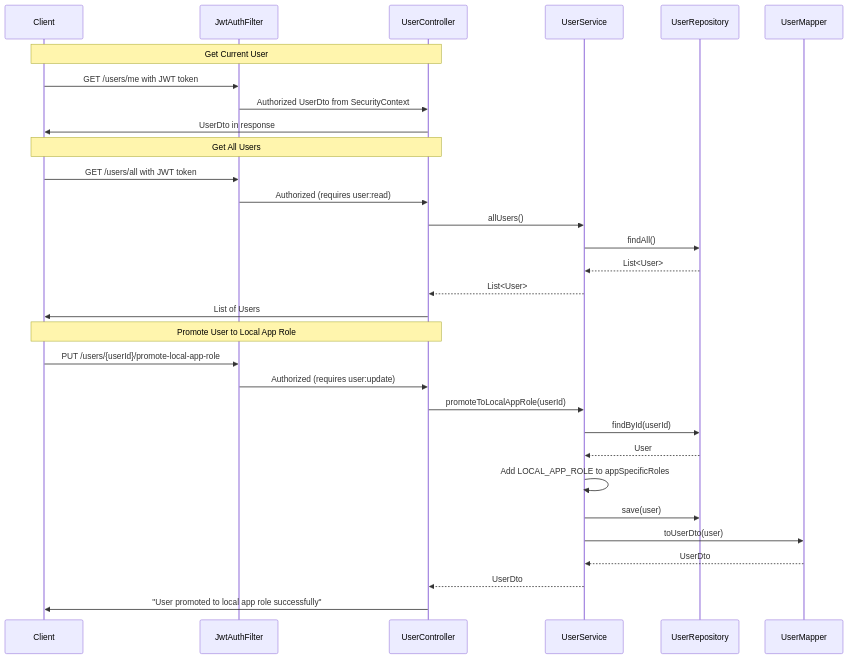
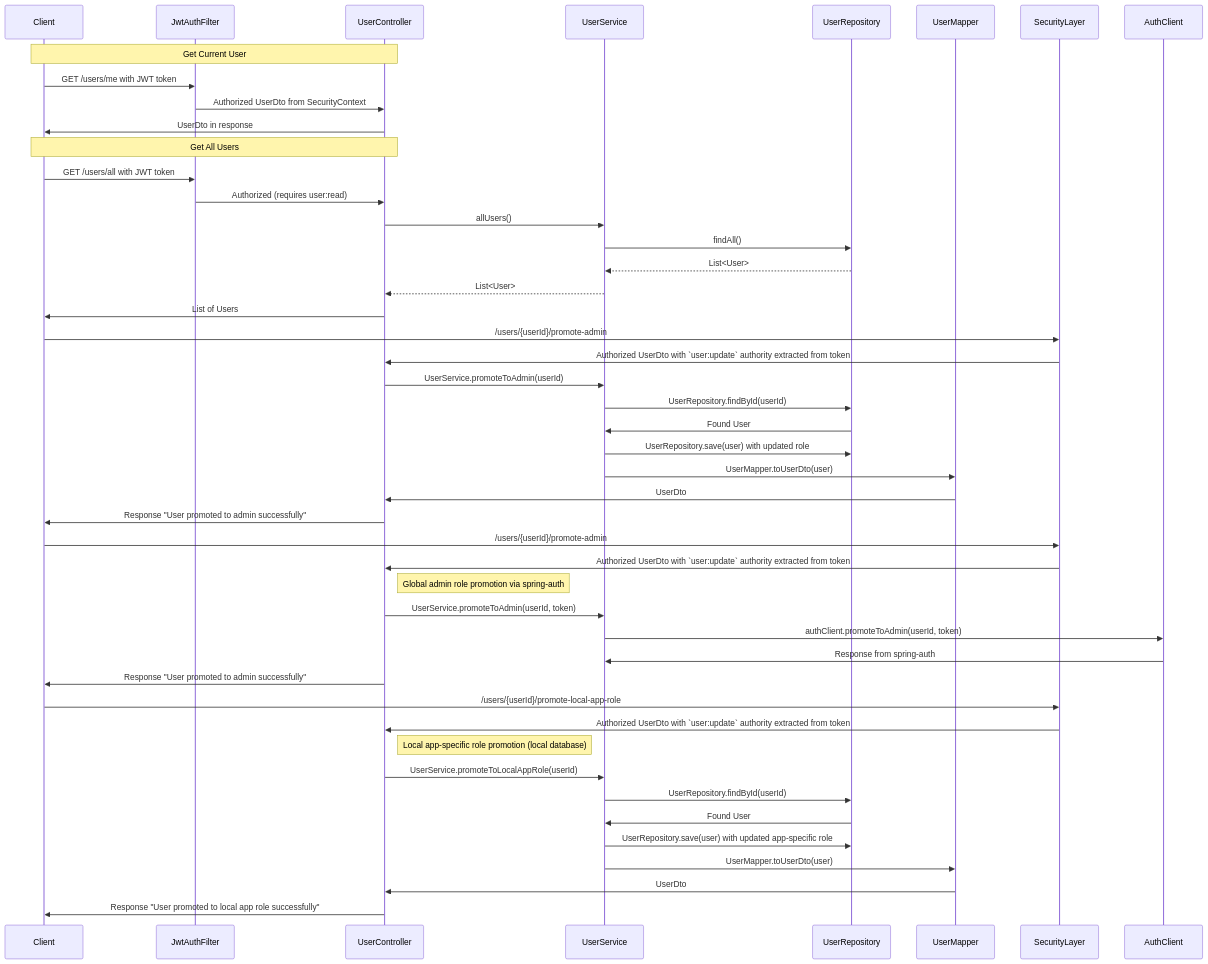
The fifth of 6 diagrams in doc/process-documentation.md (OrifInformatique/template_frontback), drawn with Mermaid before and after one commit. The commit also changed other lines of this file and 3 other files, not shown here.

````diff
--- a/doc/process-documentation.md
+++ b/doc/process-documentation.md
@@ -275,36 +282,51 @@
 ```mermaid
 sequenceDiagram
     participant Client
     participant JwtAuthFilter
     participant UserController
     participant UserService
     participant UserRepository
     participant UserMapper
 
     Note over Client,UserController: Get Current User
     Client->>JwtAuthFilter: GET /users/me with JWT token
     JwtAuthFilter->>UserController: Authorized UserDto from SecurityContext
     UserController->>Client: UserDto in response
 
     Note over Client,UserController: Get All Users
     Client->>JwtAuthFilter: GET /users/all with JWT token
     JwtAuthFilter->>UserController: Authorized (requires user:read)
     UserController->>UserService: allUsers()
     UserService->>UserRepository: findAll()
     UserRepository-->>UserService: List<User>
     UserService-->>UserController: List<User>
     UserController->>Client: List of Users
 
-    Note over Client,UserController: Promote User to Local App Role
-    Client->>JwtAuthFilter: PUT /users/{userId}/promote-local-app-role
-    JwtAuthFilter->>UserController: Authorized (requires user:update)
-    UserController->>UserService: promoteToLocalAppRole(userId)
-    UserService->>UserRepository: findById(userId)
-    UserRepository-->>UserService: User
-    UserService->>UserService: Add LOCAL_APP_ROLE to appSpecificRoles
-    UserService->>UserRepository: save(user)
-    UserService->>UserMapper: toUserDto(user)
-    UserMapper-->>UserService: UserDto
-    UserService-->>UserController: UserDto
-    UserController->>Client: "User promoted to local app role successfully"
+    Client->>SecurityLayer: /users/{userId}/promote-admin
+    SecurityLayer->>UserController: Authorized UserDto with `user:update` authority extracted from token
+    UserController->>UserService: UserService.promoteToAdmin(userId)
+    UserService->>UserRepository: UserRepository.findById(userId)
+    UserRepository->>UserService: Found User
+    UserService->>UserRepository: UserRepository.save(user) with updated role
+    UserService->>UserMapper: UserMapper.toUserDto(user)
+    UserMapper->>UserController: UserDto
+    UserController->>Client: Response "User promoted to admin successfully"
+    Client->>SecurityLayer: /users/{userId}/promote-admin
+    SecurityLayer->>UserController: Authorized UserDto with `user:update` authority extracted from token
+    note right of UserController: Global admin role promotion via spring-auth
+    UserController->>UserService: UserService.promoteToAdmin(userId, token)
+    UserService->>AuthClient: authClient.promoteToAdmin(userId, token)
+    AuthClient->>UserService: Response from spring-auth
+    UserController->>Client: Response "User promoted to admin successfully"
+
+    Client->>SecurityLayer: /users/{userId}/promote-local-app-role
+    SecurityLayer->>UserController: Authorized UserDto with `user:update` authority extracted from token
+    note right of UserController: Local app-specific role promotion (local database)
+    UserController->>UserService: UserService.promoteToLocalAppRole(userId)
+    UserService->>UserRepository: UserRepository.findById(userId)
+    UserRepository->>UserService: Found User
+    UserService->>UserRepository: UserRepository.save(user) with updated app-specific role
+    UserService->>UserMapper: UserMapper.toUserDto(user)
+    UserMapper->>UserController: UserDto
+    UserController->>Client: Response "User promoted to local app role successfully"
 ```
````
